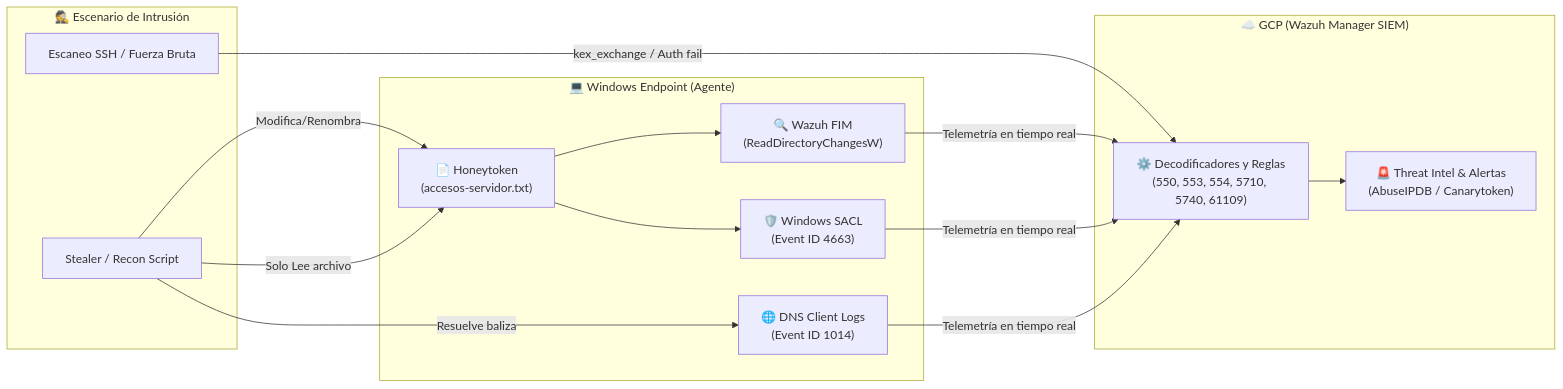
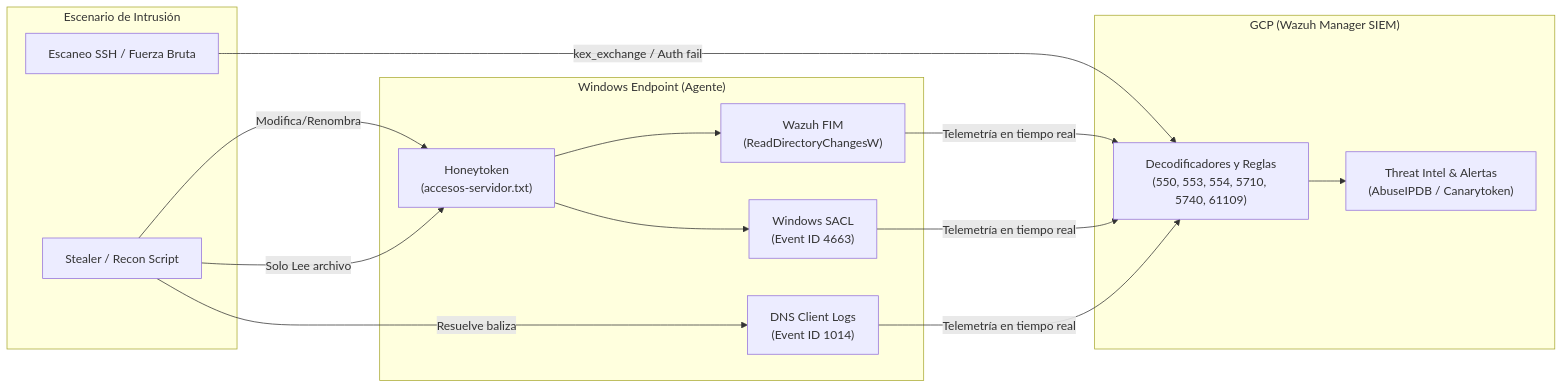
Before and after one commit to matiaspvSOC/Wazuh-Honeytoken-SACL-Detection: the diagram in README.md, drawn with Mermaid.

````diff
--- a/README.md
+++ b/README.md
@@ -1,25 +1,25 @@
 ```mermaid
 flowchart LR
-    subgraph Endpoint ["💻 Windows Endpoint (Agente)"]
-        HT["📄 Honeytoken\n(accesos-servidor.txt)"]
-        FIM["🔍 Wazuh FIM\n(ReadDirectoryChangesW)"]
-        SACL["🛡️ Windows SACL\n(Event ID 4663)"]
-        DNS["🌐 DNS Client Logs\n(Event ID 1014)"]
+    subgraph Endpoint ["Windows Endpoint (Agente)"]
+        HT["Honeytoken\n(accesos-servidor.txt)"]
+        FIM["Wazuh FIM\n(ReadDirectoryChangesW)"]
+        SACL["Windows SACL\n(Event ID 4663)"]
+        DNS["DNS Client Logs\n(Event ID 1014)"]
     end
 
-    subgraph Attacker ["🕵️ Escenario de Intrusión"]
+    subgraph Attacker ["Escenario de Intrusión"]
         BOT["Stealer / Recon Script"]
         SCAN["Escaneo SSH / Fuerza Bruta"]
     end
 
-    subgraph Cloud ["☁️ GCP (Wazuh Manager SIEM)"]
-        DEC["⚙️ Decodificadores y Reglas\n(550, 553, 554, 5710, 5740, 61109)"]
-        TI["🚨 Threat Intel & Alertas\n(AbuseIPDB / Canarytoken)"]
+    subgraph Cloud ["GCP (Wazuh Manager SIEM)"]
+        DEC["Decodificadores y Reglas\n(550, 553, 554, 5710, 5740, 61109)"]
+        TI["Threat Intel & Alertas\n(AbuseIPDB / Canarytoken)"]
     end
 
     BOT -->|Modifica/Renombra| HT --> FIM
     BOT -->|Solo Lee archivo| HT --> SACL
     BOT -->|Resuelve baliza| DNS
     SCAN -->|kex_exchange / Auth fail| DEC
     FIM & SACL & DNS -->|Telemetría en tiempo real| DEC --> TI
 ```
````
